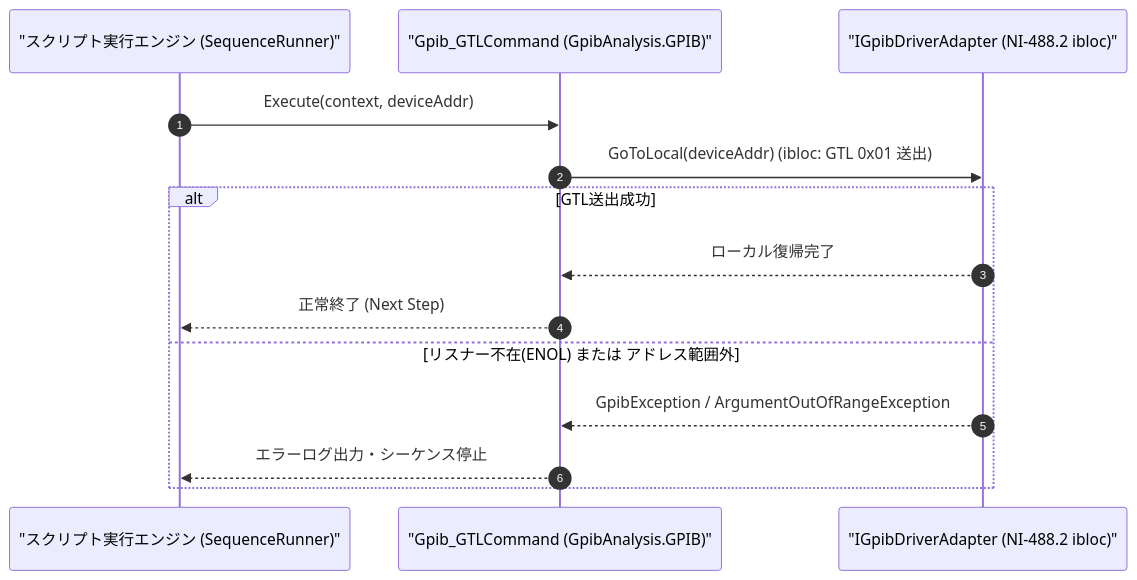
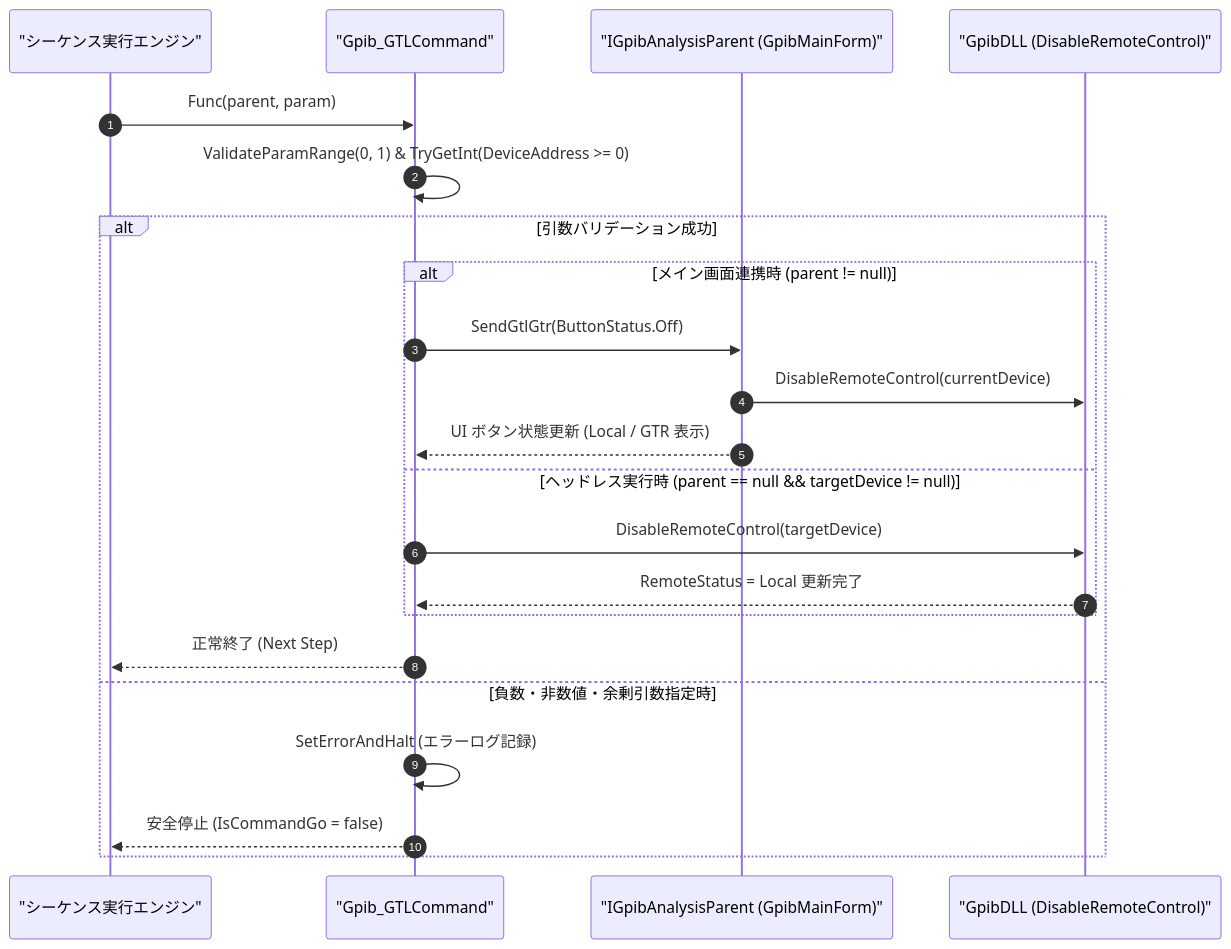
The diagram in Manual/GPIB/Gpib_GTL.Md (Monaca-App/GpibAddIn), drawn with Mermaid before and after one commit. The commit also changed other lines of this file and 32 other files, not shown here.

````diff
--- a/Manual/GPIB/Gpib_GTL.Md
+++ b/Manual/GPIB/Gpib_GTL.Md
@@ -65,17 +65,25 @@
 ```mermaid
 sequenceDiagram
     autonumber
-    participant Script as "スクリプト実行エンジン (SequenceRunner)"
-    participant Cmd as "Gpib_GTLCommand (GpibAnalysis.GPIB)"
-    participant Drv as "IGpibDriverAdapter (NI-488.2 ibloc)"
+    participant Script as "シーケンス実行エンジン"
+    participant Cmd as "Gpib_GTLCommand"
+    participant Parent as "IGpibAnalysisParent (GpibMainForm)"
+    participant Dll as "GpibDLL (DisableRemoteControl)"
 
-    Script->>Cmd: Execute(context, deviceAddr)
-    Cmd->>Drv: GoToLocal(deviceAddr) (ibloc: GTL 0x01 送出)
-    alt GTL送出成功
-        Drv-->>Cmd: ローカル復帰完了
+    Script->>Cmd: Func(parent, param)
+    Cmd->>Cmd: ValidateParamRange(0, 1) & TryGetInt(DeviceAddress >= 0)
+    alt 引数バリデーション成功
+        alt メイン画面連携時 (parent != null)
+            Cmd->>Parent: SendGtlGtr(ButtonStatus.Off)
+            Parent->>Dll: DisableRemoteControl(currentDevice)
+            Parent-->>Cmd: UI ボタン状態更新 (Local / GTR 表示)
+        else ヘッドレス実行時 (parent == null && targetDevice != null)
+            Cmd->>Dll: DisableRemoteControl(targetDevice)
+            Dll-->>Cmd: RemoteStatus = Local 更新完了
+        end
         Cmd-->>Script: 正常終了 (Next Step)
-    else リスナー不在(ENOL) または アドレス範囲外
-        Drv-->>Cmd: GpibException / ArgumentOutOfRangeException
-        Cmd-->>Script: エラーログ出力・シーケンス停止
+    else 負数・非数値・余剰引数指定時
+        Cmd->>Cmd: SetErrorAndHalt (エラーログ記録)
+        Cmd-->>Script: 安全停止 (IsCommandGo = false)
     end
 ```
````
